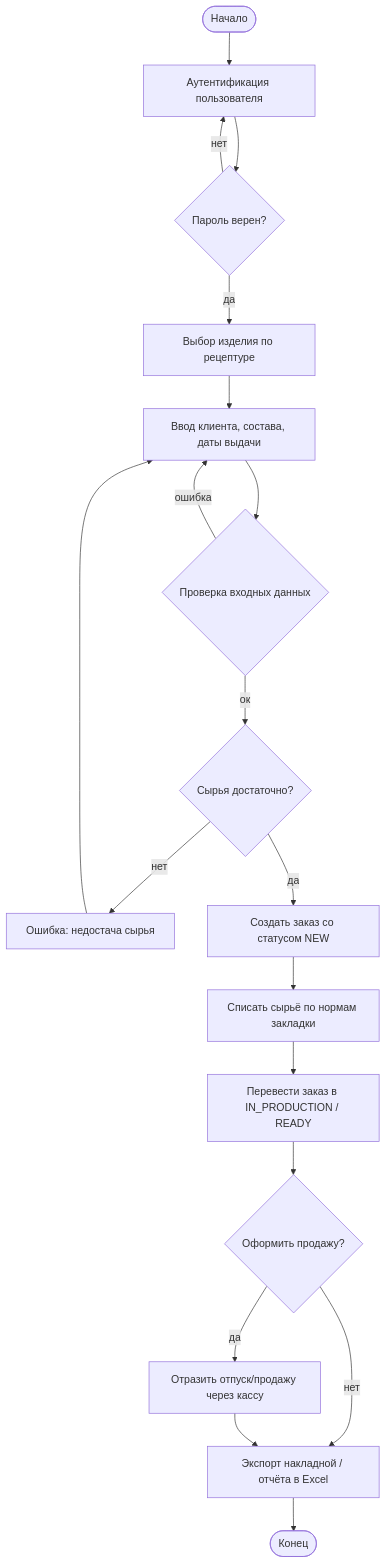
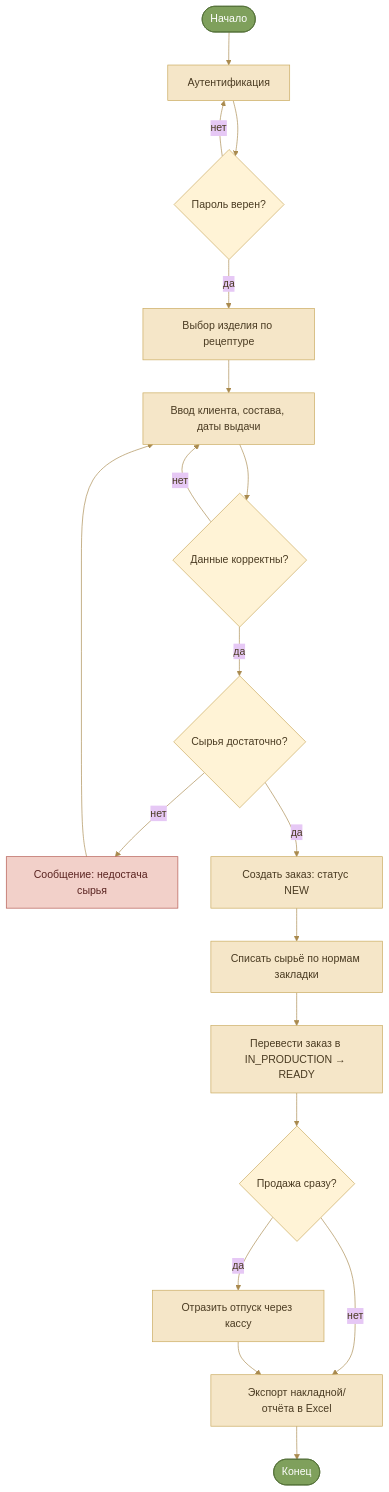
The fourth of 6 diagrams in uml-diagrams.md (cxwrcurvd/myprojectwork), drawn with Mermaid before and after one commit. The commit also changed other lines of this file, not shown here.

Commit message:
UML-диаграммы: переоформление в единой теме «Пекарня»

````diff
--- a/uml-diagrams.md
+++ b/uml-diagrams.md
@@ -221,20 +171,30 @@
 ```mermaid
+%%{init: {"theme":"base","themeVariables":{"primaryColor":"#F5E6C8","primaryBorderColor":"#C9A95C","primaryTextColor":"#4A3B22","lineColor":"#A98A4E","tertiaryColor":"#E8F0E3","noteBkgColor":"#FFF3D6","noteBorderColor":"#C9A95C"}}}%%
 flowchart TD
-    A([Начало]) --> B[Аутентификация пользователя]
+    A(["Начало"]) --> B[Аутентификация]
     B --> C{Пароль верен?}
-    C -- нет --> B
-    C -- да --> D[Выбор изделия по рецептуре]
+    C -->|нет| B
+    C -->|да| D[Выбор изделия по рецептуре]
     D --> E[Ввод клиента, состава, даты выдачи]
-    E --> F{Проверка входных данных}
-    F -- ошибка --> E
-    F -- ок --> G{Сырья достаточно?}
-    G -- нет --> H[Ошибка: недостача сырья] --> E
-    G -- да --> I[Создать заказ со статусом NEW]
+    E --> F{Данные корректны?}
+    F -->|нет| E
+    F -->|да| G{Сырья достаточно?}
+    G -->|нет| H[Сообщение: недостача сырья]
+    H --> E
+    G -->|да| I[Создать заказ: статус NEW]
     I --> J[Списать сырьё по нормам закладки]
-    J --> K[Перевести заказ в IN_PRODUCTION / READY]
-    K --> L{Оформить продажу?}
-    L -- да --> M[Отразить отпуск/продажу через кассу]
-    L -- нет --> N
-    M --> N[Экспорт накладной / отчёта в Excel]
-    N --> O([Конец])
+    J --> K[Перевести заказ в IN_PRODUCTION → READY]
+    K --> L{Продажа сразу?}
+    L -->|да| M[Отразить отпуск через кассу]
+    L -->|нет| N
+    M --> N[Экспорт накладной/отчёта в Excel]
+    N --> O(["Конец"])
+
+    style A fill:#7FA05C,stroke:#4E6B33,color:#FFF
+    style O fill:#7FA05C,stroke:#4E6B33,color:#FFF
+    style C fill:#FFF3D6,stroke:#C9A95C,color:#4A3B22
+    style F fill:#FFF3D6,stroke:#C9A95C,color:#4A3B22
+    style G fill:#FFF3D6,stroke:#C9A95C,color:#4A3B22
+    style L fill:#FFF3D6,stroke:#C9A95C,color:#4A3B22
+    style H fill:#F2D0C9,stroke:#B3574E,color:#5A2320
 ```
````
